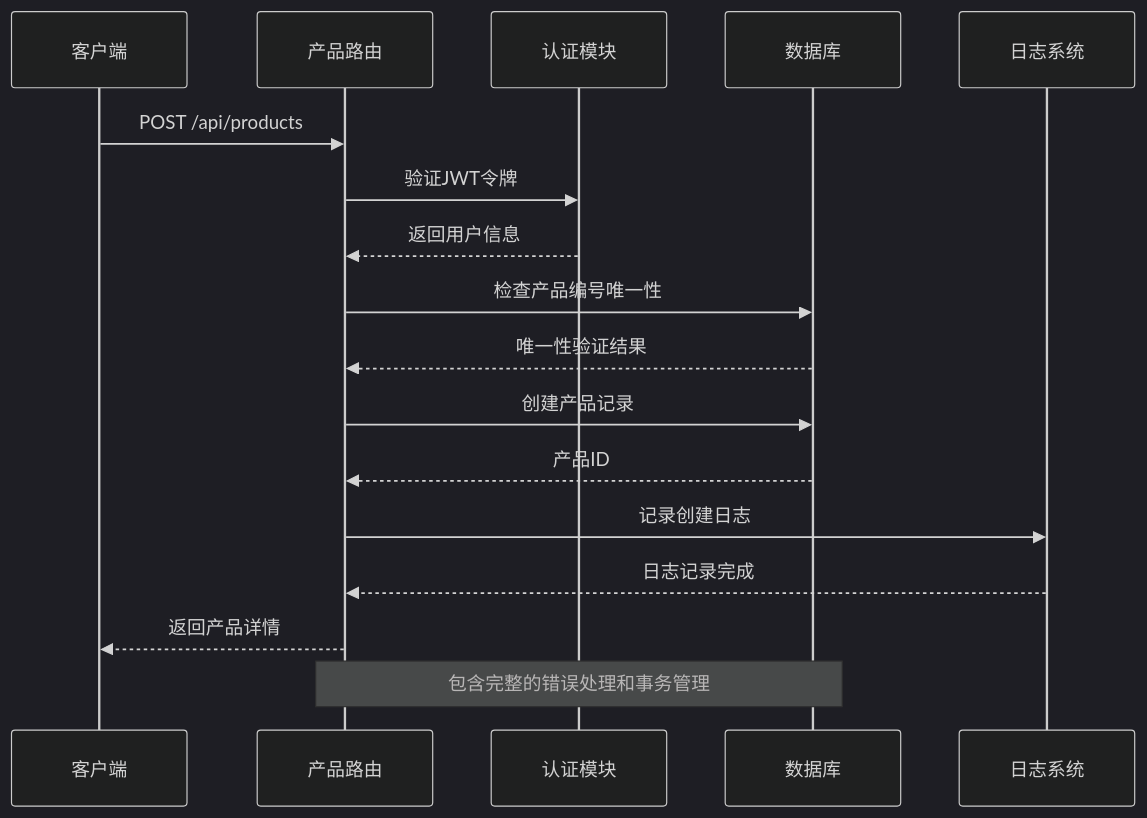
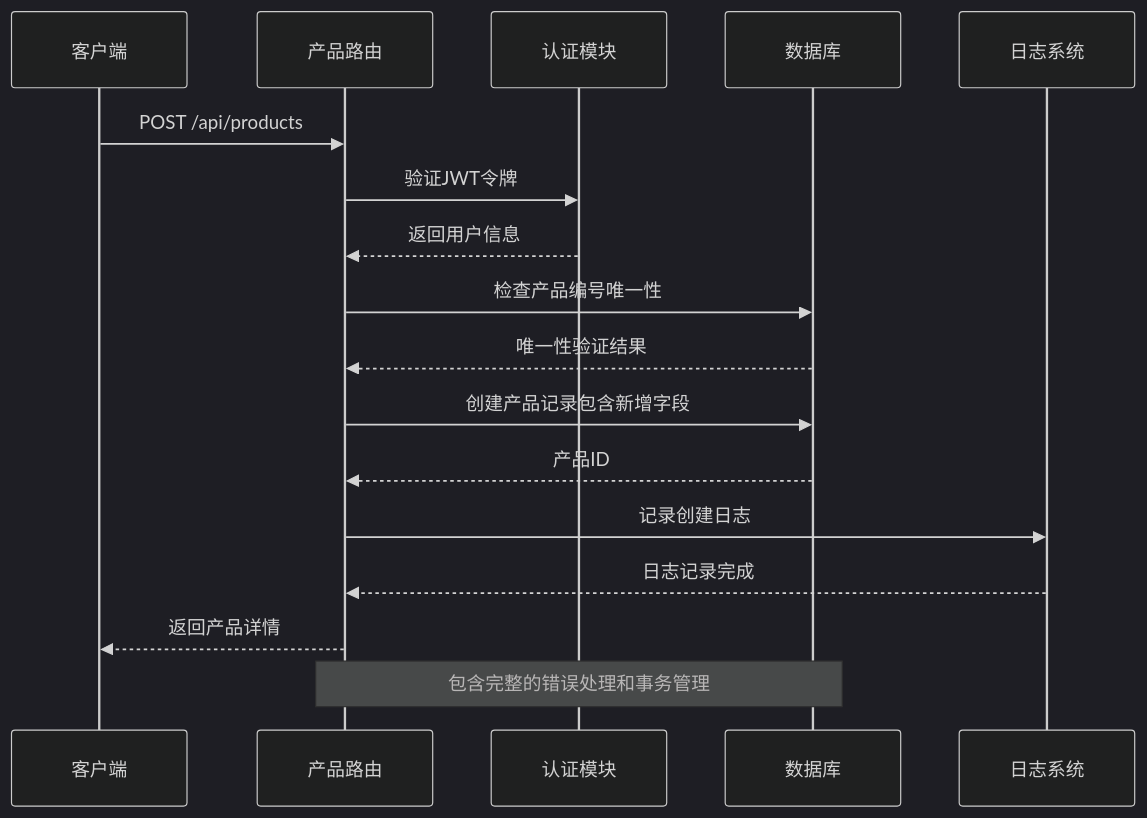
The fourth of 9 diagrams in .qoder/repowiki/zh/content/后端开发/API路由模块/产品管理路由.md (pcb0y/plctodb), drawn with Mermaid (dark theme) before and after one commit. The commit also changed other lines of this file and 9 other files, not shown here.

````diff
--- a/.qoder/repowiki/zh/content/后端开发/API路由模块/产品管理路由.md
+++ b/.qoder/repowiki/zh/content/后端开发/API路由模块/产品管理路由.md
@@ -213,19 +236,19 @@
 ```mermaid
 sequenceDiagram
 participant Client as 客户端
 participant Router as 产品路由
 participant Auth as 认证模块
 participant DB as 数据库
 participant Logger as 日志系统
 Client->>Router : POST /api/products
 Router->>Auth : 验证JWT令牌
 Auth-->>Router : 返回用户信息
 Router->>DB : 检查产品编号唯一性
 DB-->>Router : 唯一性验证结果
-Router->>DB : 创建产品记录
+Router->>DB : 创建产品记录包含新增字段
 DB-->>Router : 产品ID
 Router->>Logger : 记录创建日志
 Logger-->>Router : 日志记录完成
 Router-->>Client : 返回产品详情
 Note over Router,DB : 包含完整的错误处理和事务管理
 ```
````
